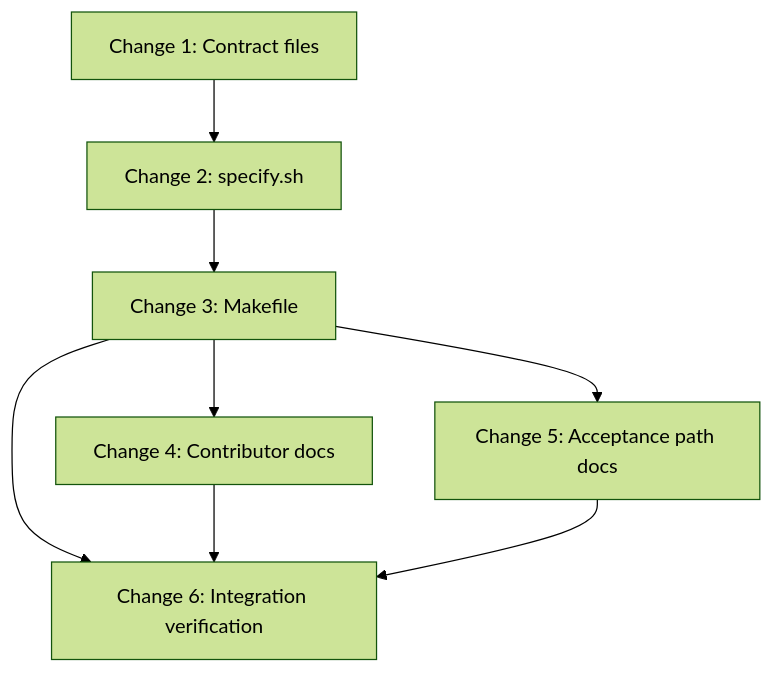
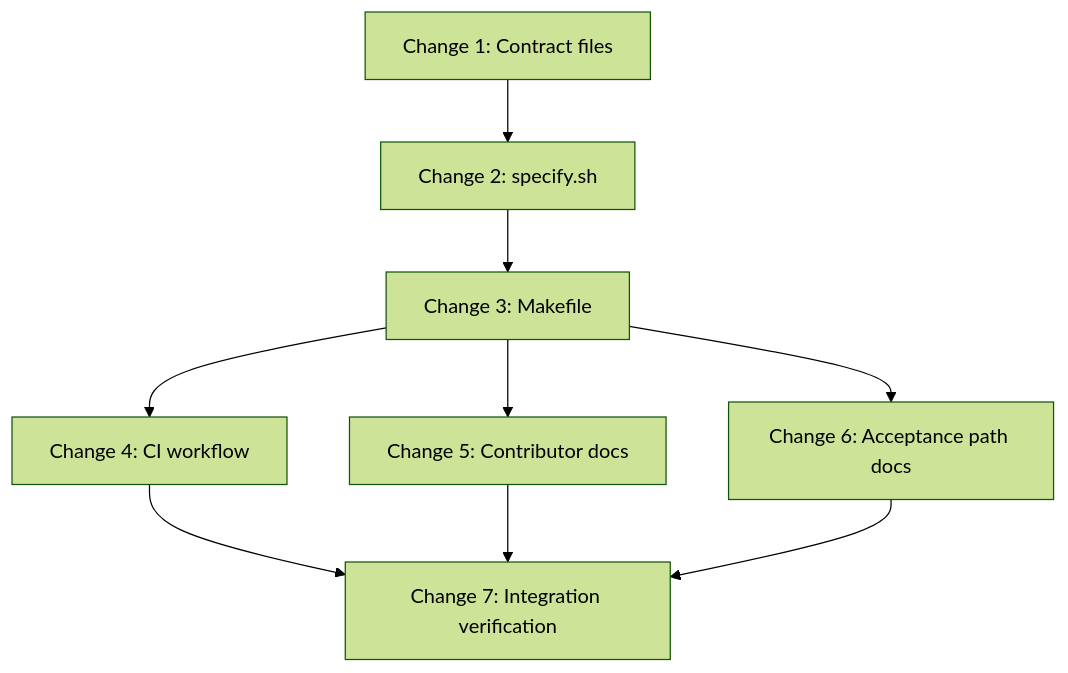
Before and after one commit to augentic/anvil: the diagram in rfcs/rfc-41-plan.md, drawn with Mermaid (forest theme). The commit also changed other lines of this file and 1 other file, not shown here.

````diff
--- a/rfcs/rfc-41-plan.md
+++ b/rfcs/rfc-41-plan.md
@@ -13,17 +13,19 @@
 ```mermaid
 flowchart TD
   C1[Change 1: Contract files]
   C2[Change 2: specify.sh]
   C3[Change 3: Makefile]
-  C4[Change 4: Contributor docs]
-  C5[Change 5: Acceptance path docs]
-  C6[Change 6: Integration verification]
+  C4[Change 4: CI workflow]
+  C5[Change 5: Contributor docs]
+  C6[Change 6: Acceptance path docs]
+  C7[Change 7: Integration verification]
 
   C1 --> C2
   C2 --> C3
-  C3 --> C6
   C3 --> C4
   C3 --> C5
-  C4 --> C6
-  C5 --> C6
+  C3 --> C6
+  C4 --> C7
+  C5 --> C7
+  C6 --> C7
 ```
````
